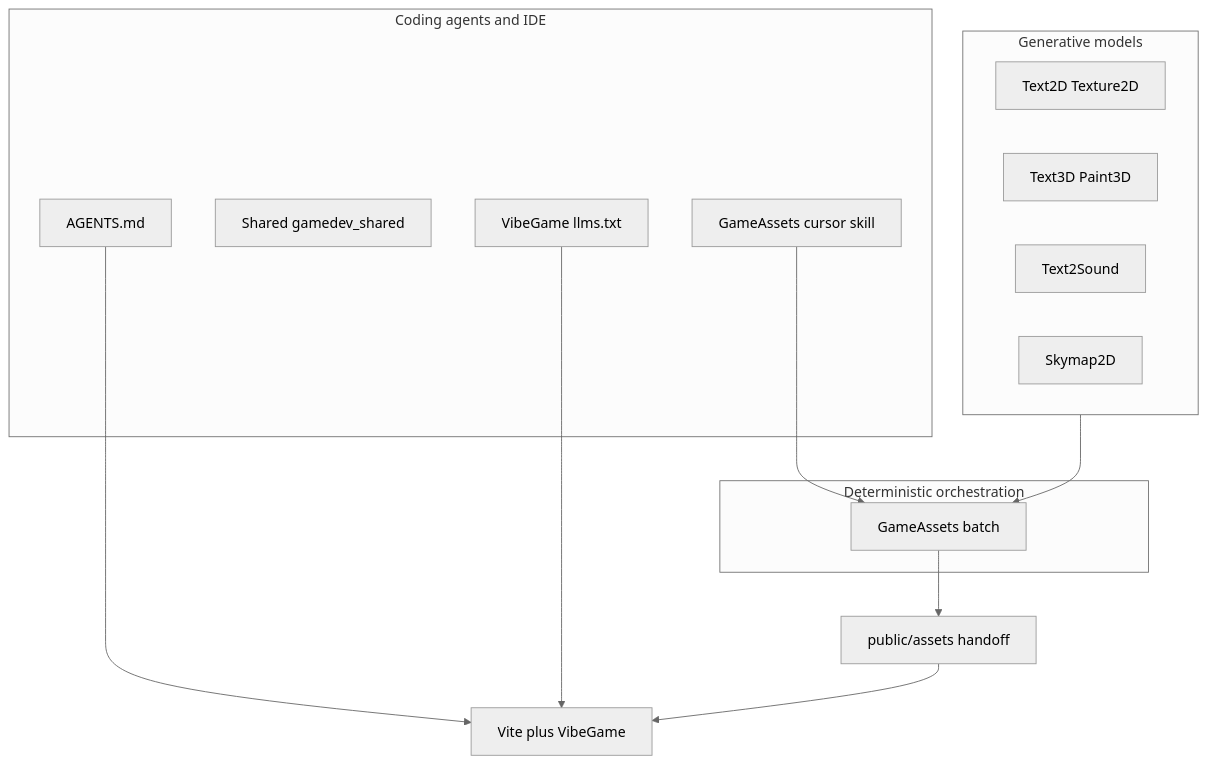
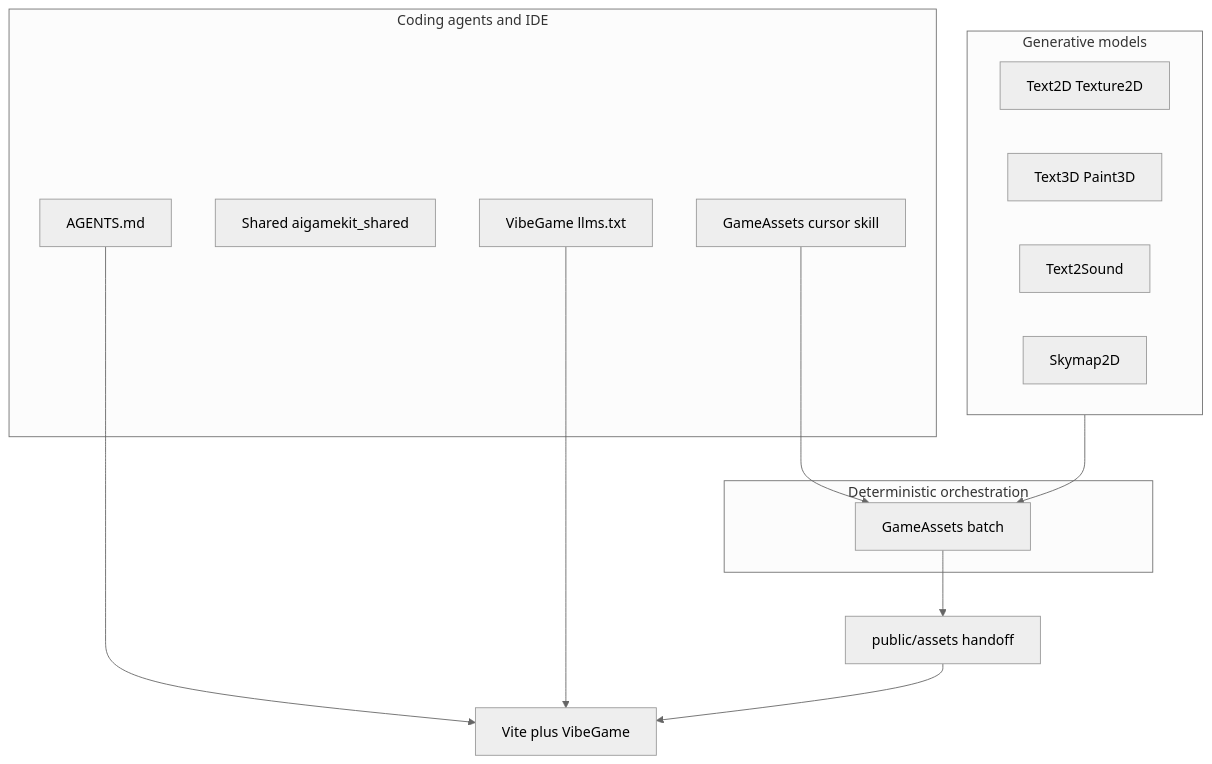
One commit to maikramer/AiGameKit changed the diagram in docs/ZERO_TO_GAME_AI.md. Above: the diagram before and after it, drawn with Mermaid (neutral theme). The commit also changed other lines of this file and 582 other files, not shown here.

````diff
--- a/docs/ZERO_TO_GAME_AI.md
+++ b/docs/ZERO_TO_GAME_AI.md
@@ -7,24 +7,24 @@
 ```mermaid
 flowchart TB
   subgraph gen [Generative models]
     T2D[Text2D Texture2D]
     T3D[Text3D Paint3D]
     T2S[Text2Sound]
     Sky[Skymap2D]
   end
   subgraph orch [Deterministic orchestration]
     GA[GameAssets batch]
   end
   subgraph agents [Coding agents and IDE]
     AG[AGENTS.md]
-    LL[Shared gamedev_shared]
+    LL[Shared aigamekit_shared]
     VG[VibeGame llms.txt]
     GAS[GameAssets cursor skill]
   end
   gen --> GA
   GA --> handoff[public/assets handoff]
   handoff --> VGcode[Vite plus VibeGame]
   AG --> VGcode
   VG --> VGcode
   GAS --> GA
 ```
````
